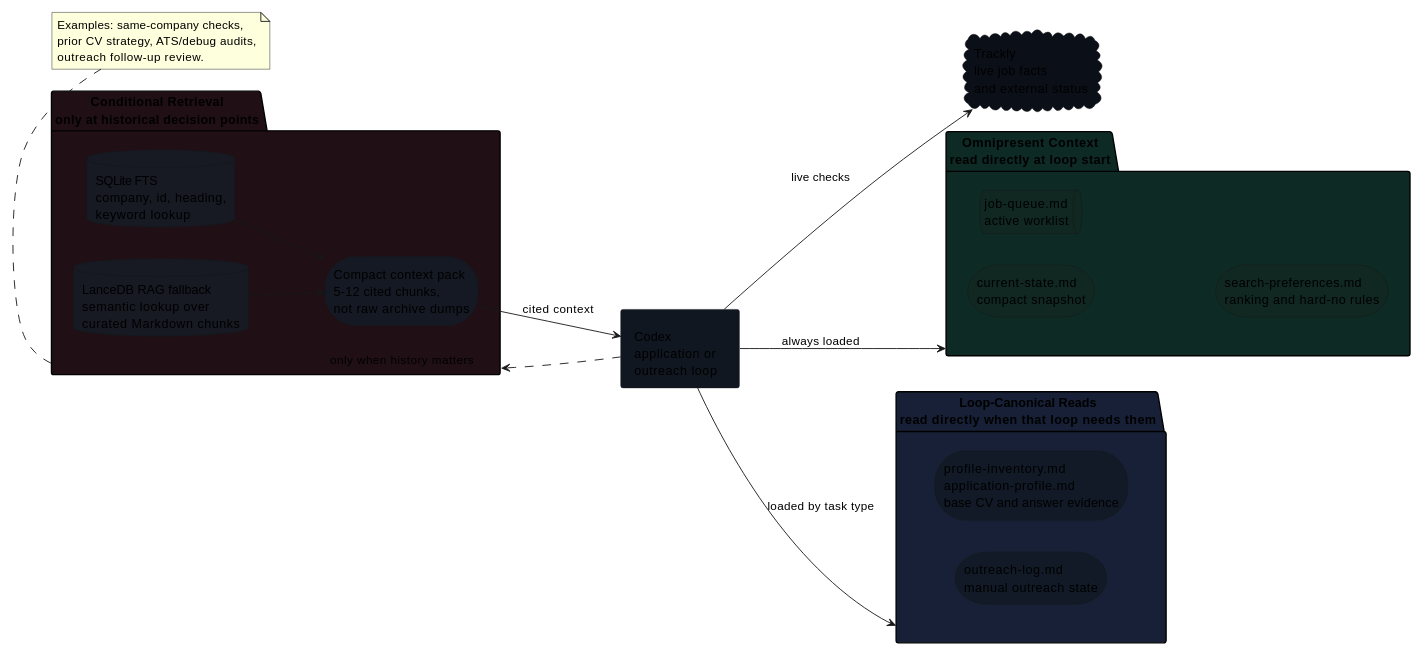
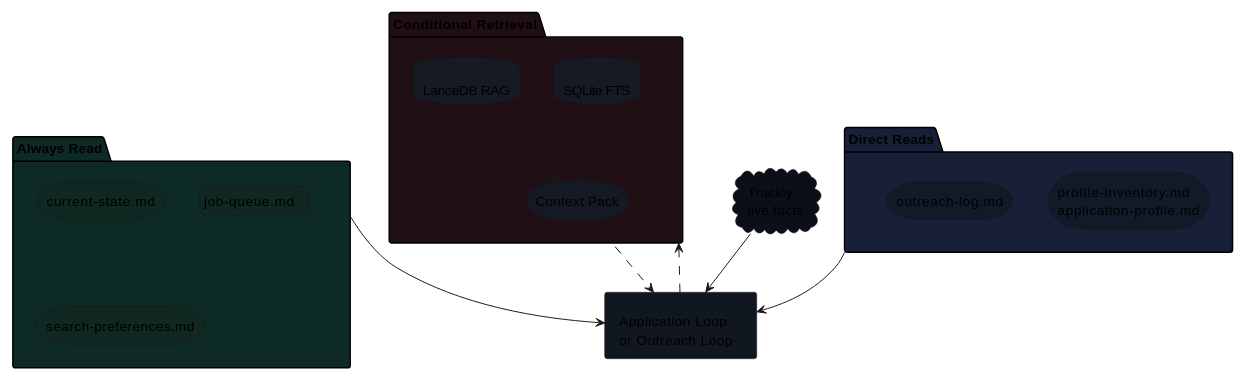
Before and after one commit to ddm18/codex-managed-application-workflow: the diagram in docs/memory.md, drawn with PlantUML. The commit also changed other lines of this file, not shown here.

Commit message:
Simplify memory shape diagram

````diff
--- a/docs/memory.md
+++ b/docs/memory.md
@@ -15,40 +15,35 @@
 ```plantuml
 @startuml
-left to right direction
-scale 0.72
+top to bottom direction
+scale 0.78
 
-component "Codex\napplication or\noutreach loop" as LOOP #101721
-cloud "Trackly\nlive job facts\nand external status" as TRACKLY #0B1018
+component "Application Loop\nor Outreach Loop" as LOOP #101721
 
-package "Omnipresent Context\nread directly at loop start" as ALWAYS #0E2A25 {
-  storage "current-state.md\ncompact snapshot" as STATE #102821
-  queue "job-queue.md\nactive worklist" as QUEUE #102821
-  storage "search-preferences.md\nranking and hard-no rules" as PREFS #102821
+package "Always Read" as ALWAYS #0E2A25 {
+  storage "current-state.md" as STATE #102821
+  queue "job-queue.md" as QUEUE #102821
+  storage "search-preferences.md" as PREFS #102821
 }
 
-package "Loop-Canonical Reads\nread directly when that loop needs them" as DIRECT #172036 {
-  storage "profile-inventory.md\napplication-profile.md\nbase CV and answer evidence" as PROFILE #111A26
-  storage "outreach-log.md\nmanual outreach state" as OUTREACH #111A26
+package "Direct Reads" as DIRECT #172036 {
+  storage "profile-inventory.md\napplication-profile.md" as PROFILE #111A26
+  storage "outreach-log.md" as OUTREACH #111A26
 }
 
-package "Conditional Retrieval\nonly at historical decision points" as CONDITIONAL #201016 {
-  database "SQLite FTS\ncompany, id, heading,\nkeyword lookup" as FTS #171923
-  database "LanceDB RAG fallback\nsemantic lookup over\ncurated Markdown chunks" as RAG #171923
-  storage "Compact context pack\n5-12 cited chunks,\nnot raw archive dumps" as PACK #151923
+package "Conditional Retrieval" as RETRIEVAL #201016 {
+  database "SQLite FTS" as FTS #171923
+  database "LanceDB RAG" as RAG #171923
+  storage "Context Pack" as PACK #151923
 }
 
-LOOP --> ALWAYS : always loaded
-LOOP --> DIRECT : loaded by task type
-LOOP --> TRACKLY : live checks
-LOOP ..> CONDITIONAL : only when history matters
+cloud "Trackly\nlive facts" as TRACKLY #0B1018
+
+ALWAYS --> LOOP
+DIRECT --> LOOP
+TRACKLY --> LOOP
+LOOP ..> RETRIEVAL
 FTS --> PACK
 RAG --> PACK
-PACK --> LOOP : cited context
-
-note bottom of CONDITIONAL
-  Examples: same-company checks,
-  prior CV strategy, ATS/debug audits,
-  outreach follow-up review.
-end note
+PACK ..> LOOP
 @enduml
 ```
````
